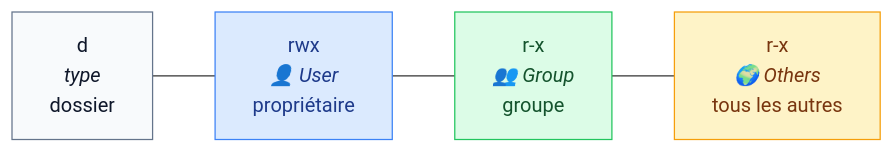
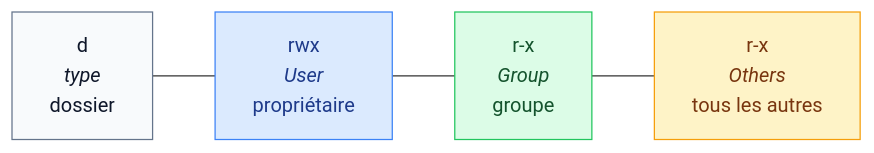
Before and after one commit to GoobyWoobies/HEIA-IT: the second of 4 diagrams in methodologie-securite-it/linux/07-permissions.md, drawn with Mermaid. The commit also changed other lines of this file and 24 other files, not shown here.

````diff
--- a/methodologie-securite-it/linux/07-permissions.md
+++ b/methodologie-securite-it/linux/07-permissions.md
@@ -108,9 +108,9 @@
 ```mermaid
 flowchart LR
-    T["d<br/><i>type</i><br/>dossier"] --- U["rwx<br/><i>👤 User</i><br/>propriétaire"] --- G["r-x<br/><i>👥 Group</i><br/>groupe"] --- O["r-x<br/><i>🌍 Others</i><br/>tous les autres"]
+    T["d<br/><i>type</i><br/>dossier"] --- U["rwx<br/><i>User</i><br/>propriétaire"] --- G["r-x<br/><i>Group</i><br/>groupe"] --- O["r-x<br/><i>Others</i><br/>tous les autres"]
 
     style T fill:#f8fafc,stroke:#64748b,color:#0f172a
     style U fill:#dbeafe,stroke:#3b82f6,color:#1e3a8a
     style G fill:#dcfce7,stroke:#22c55e,color:#14532d
     style O fill:#fef3c7,stroke:#f59e0b,color:#78350f
 ```
````
